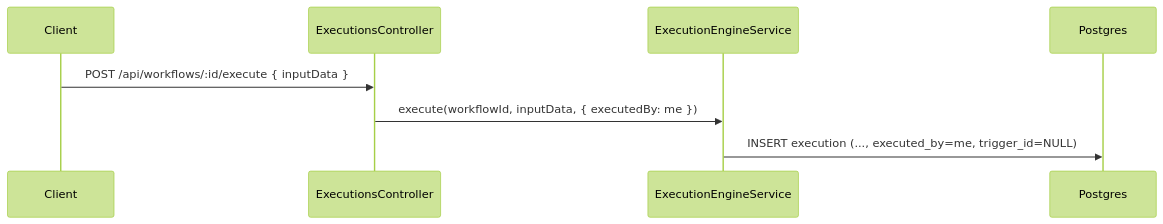
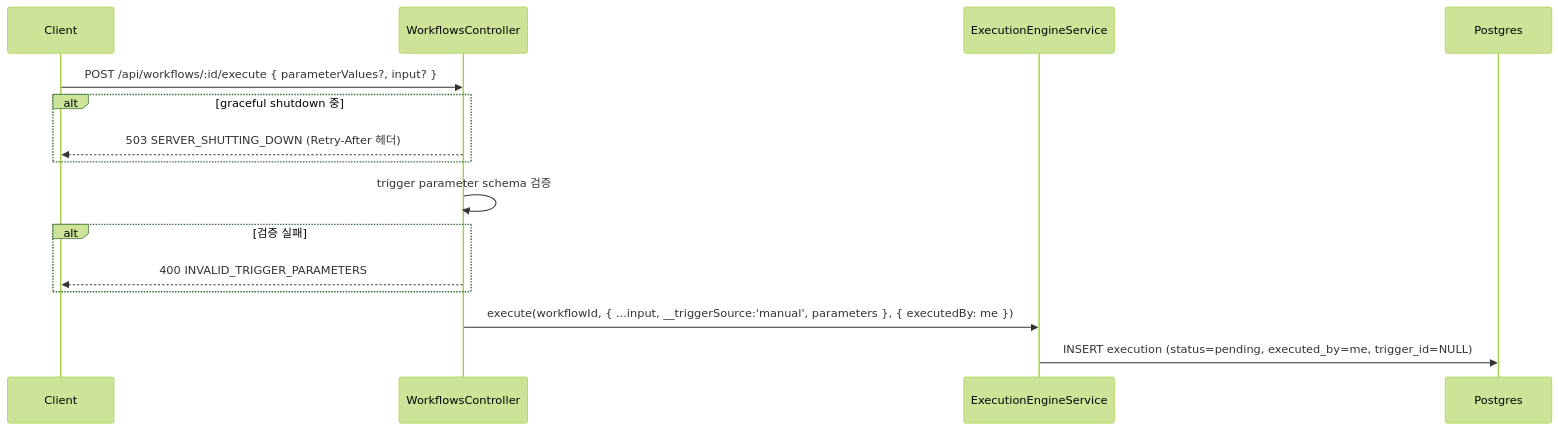
Before and after one commit to worker-ants/clemvion: the first of 3 diagrams in spec/data-flow/10-triggers.md, drawn with Mermaid (forest theme). The commit also changed other lines of this file and 89 other files, not shown here.

First line of the commit message:
docs(spec): spec↔code 전수 상호 감사 — 역방향 커버리지 + drift 동기화 + data-flow 재구성 (위반 19건 보고) (#516)

````diff
--- a/spec/data-flow/10-triggers.md
+++ b/spec/data-flow/10-triggers.md
@@ -33,10 +35,17 @@
 ```mermaid
 sequenceDiagram
   participant C as Client
-  participant Ctl as ExecutionsController
+  participant Ctl as WorkflowsController
   participant Eng as ExecutionEngineService
   participant PG as Postgres
-  C->>Ctl: POST /api/workflows/:id/execute { inputData }
-  Ctl->>Eng: execute(workflowId, inputData, { executedBy: me })
-  Eng->>PG: INSERT execution (..., executed_by=me, trigger_id=NULL)
+  C->>Ctl: POST /api/workflows/:id/execute { parameterValues?, input? }
+  alt graceful shutdown 중
+    Ctl-->>C: 503 SERVER_SHUTTING_DOWN (Retry-After 헤더)
+  end
+  Ctl->>Ctl: trigger parameter schema 검증
+  alt 검증 실패
+    Ctl-->>C: 400 INVALID_TRIGGER_PARAMETERS
+  end
+  Ctl->>Eng: execute(workflowId, { ...input, __triggerSource:'manual', parameters }, { executedBy: me })
+  Eng->>PG: INSERT execution (status=pending, executed_by=me, trigger_id=NULL)
 ```
````
